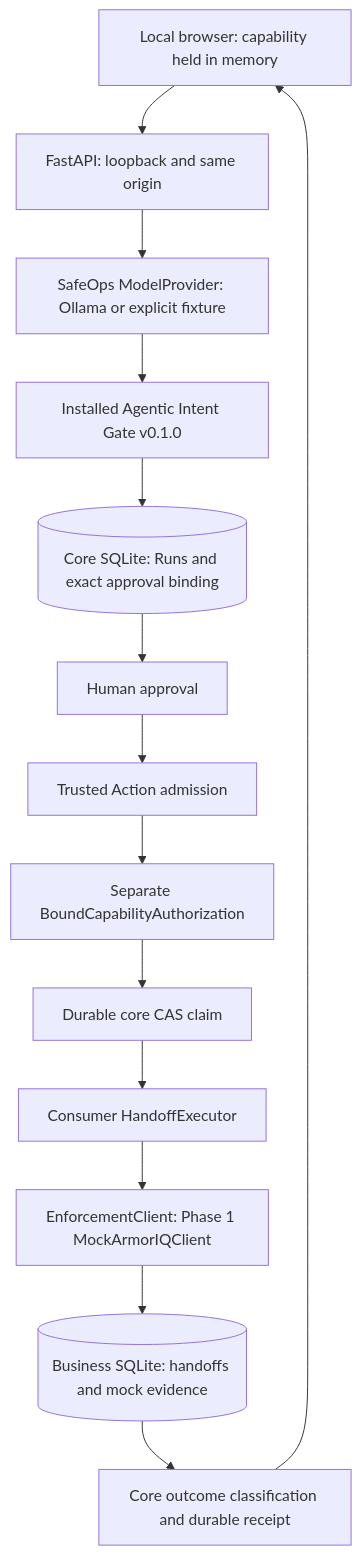
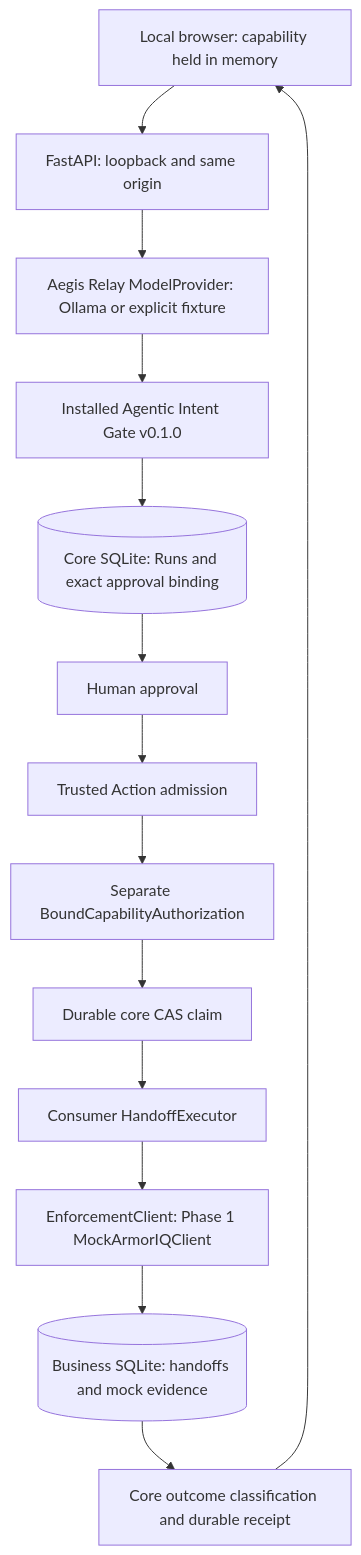
One commit to miku-wwl/aig-flow-state changed the diagram in docs/architecture.md. Above: the diagram before and after it, drawn with Mermaid. The commit also changed other lines of this file and 11 other files, not shown here.

Commit message:
Rebrand Phase 1 product as Aegis Relay

````diff
--- a/docs/architecture.md
+++ b/docs/architecture.md
@@ -3,16 +7,16 @@
 ```mermaid
 flowchart TD
     UI[Local browser: capability held in memory] --> HTTP[FastAPI: loopback and same origin]
-    HTTP --> Provider[SafeOps ModelProvider: Ollama or explicit fixture]
+    HTTP --> Provider[Aegis Relay ModelProvider: Ollama or explicit fixture]
     Provider --> Core[Installed Agentic Intent Gate v0.1.0]
     Core --> Run[(Core SQLite: Runs and exact approval binding)]
     Run --> Approve[Human approval]
     Approve --> Admit[Trusted Action admission]
     Admit --> Auth[Separate BoundCapabilityAuthorization]
     Auth --> Claim[Durable core CAS claim]
     Claim --> Executor[Consumer HandoffExecutor]
     Executor --> Boundary[EnforcementClient: Phase 1 MockArmorIQClient]
     Boundary --> Business[(Business SQLite: handoffs and mock evidence)]
     Business --> Receipt[Core outcome classification and durable receipt]
     Receipt --> UI
 ```
````
